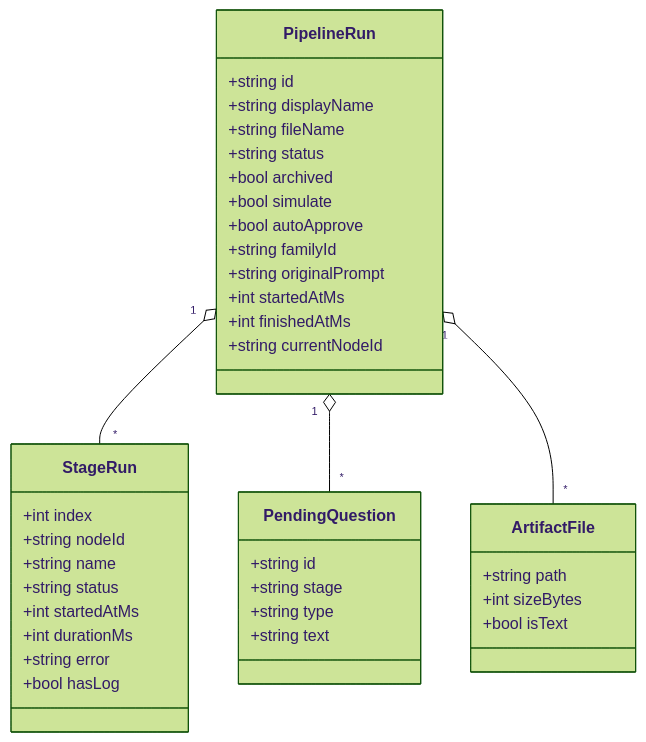
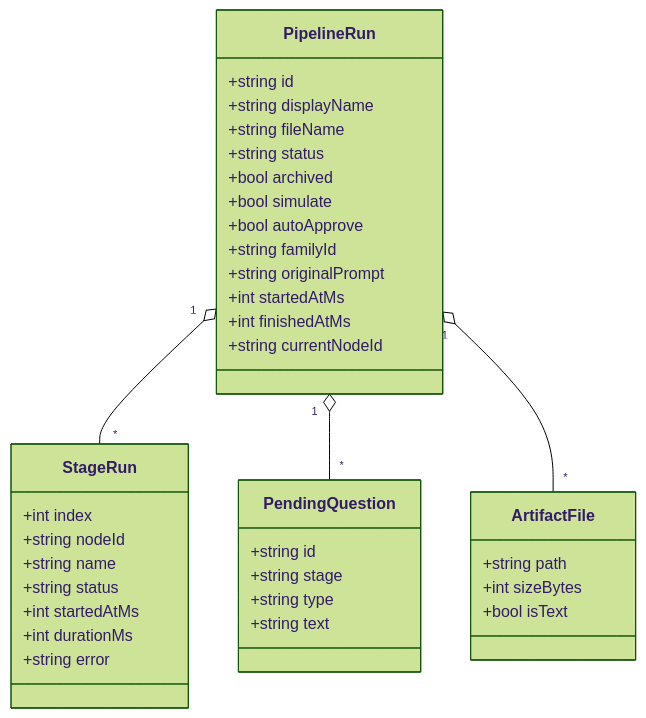
The first of 6 diagrams in docs/sprints/SPRINT-002-attractor-php-web-dashboard.md (jaytaylor/attractor-php), drawn with Mermaid (forest theme) before and after one commit. The commit also changed other lines of this file, not shown here.

````diff
--- a/docs/sprints/SPRINT-002-attractor-php-web-dashboard.md
+++ b/docs/sprints/SPRINT-002-attractor-php-web-dashboard.md
@@ -1964,46 +1316,45 @@
 ```mermaid
 %% Source: .scratch/mermaid/SPRINT-002/domain-model.mmd
 classDiagram
   class PipelineRun {
     +string id
     +string displayName
     +string fileName
     +string status
     +bool archived
     +bool simulate
     +bool autoApprove
     +string familyId
     +string originalPrompt
     +int startedAtMs
     +int finishedAtMs
     +string currentNodeId
   }
 
   class StageRun {
     +int index
     +string nodeId
     +string name
     +string status
     +int startedAtMs
     +int durationMs
     +string error
-    +bool hasLog
   }
 
   class PendingQuestion {
     +string id
     +string stage
     +string type
     +string text
   }
 
   class ArtifactFile {
     +string path
     +int sizeBytes
     +bool isText
   }
 
   PipelineRun "1" o-- "*" StageRun
   PipelineRun "1" o-- "*" PendingQuestion
   PipelineRun "1" o-- "*" ArtifactFile
 ```
````
